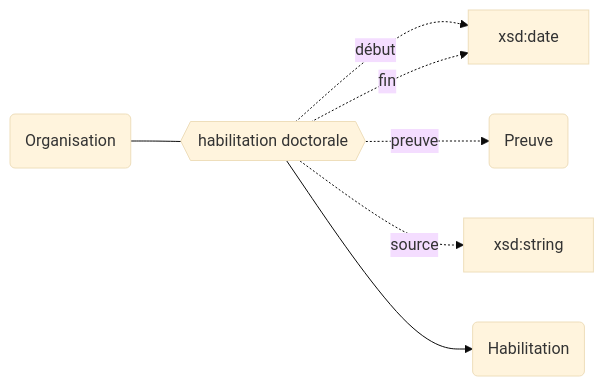
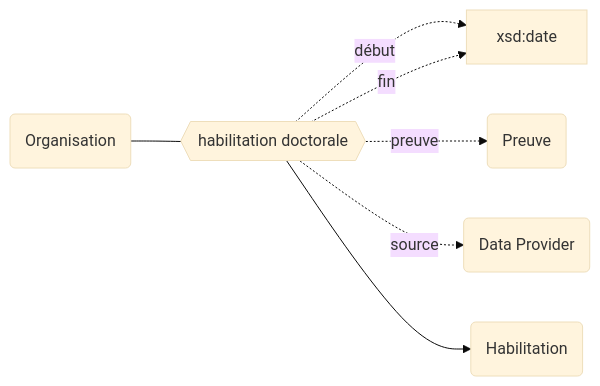
The diagram in docs/Modélisation Movies/Habilitation Doctorale/Habilitation Doctorale.md (abes-esr/movies-doc), drawn with Mermaid (base theme) before and after one commit. The commit also changed other lines of this file and 64 other files, not shown here.

````diff
--- a/docs/Modélisation Movies/Habilitation Doctorale/Habilitation Doctorale.md
+++ b/docs/Modélisation Movies/Habilitation Doctorale/Habilitation Doctorale.md
@@ -11,12 +11,12 @@
 ```mermaid
 graph LR
     ORG(Organisation) 
     HAB{{habilitation doctorale}}
     
     ORG --- HAB
     HAB -.->|début| xsd:date
     HAB -.->|fin| xsd:date
     HAB -.-> |preuve| PreuveHAB(Preuve)
-    HAB -.-> |source| SourceHAB[xsd:string]
+    HAB -.-> |source| SourceHAB(Data Provider)
     HAB --> Habilitation(Habilitation)
 ```
````
